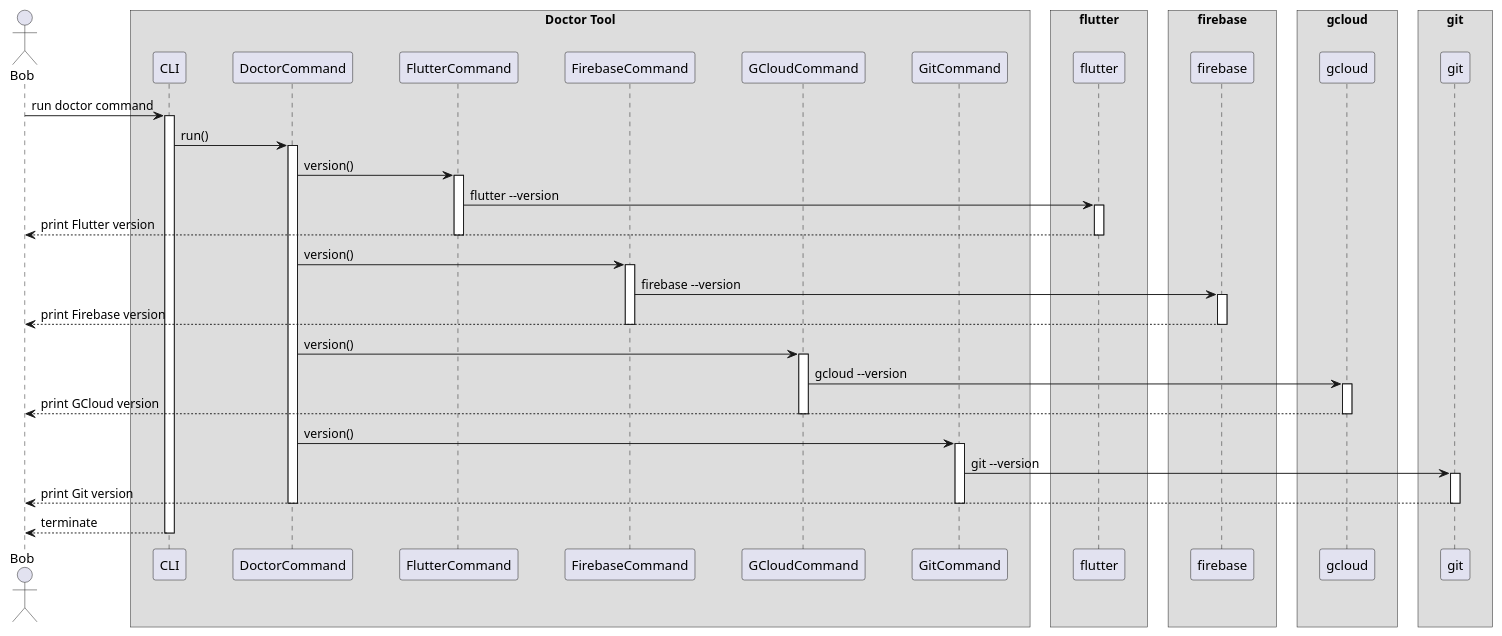
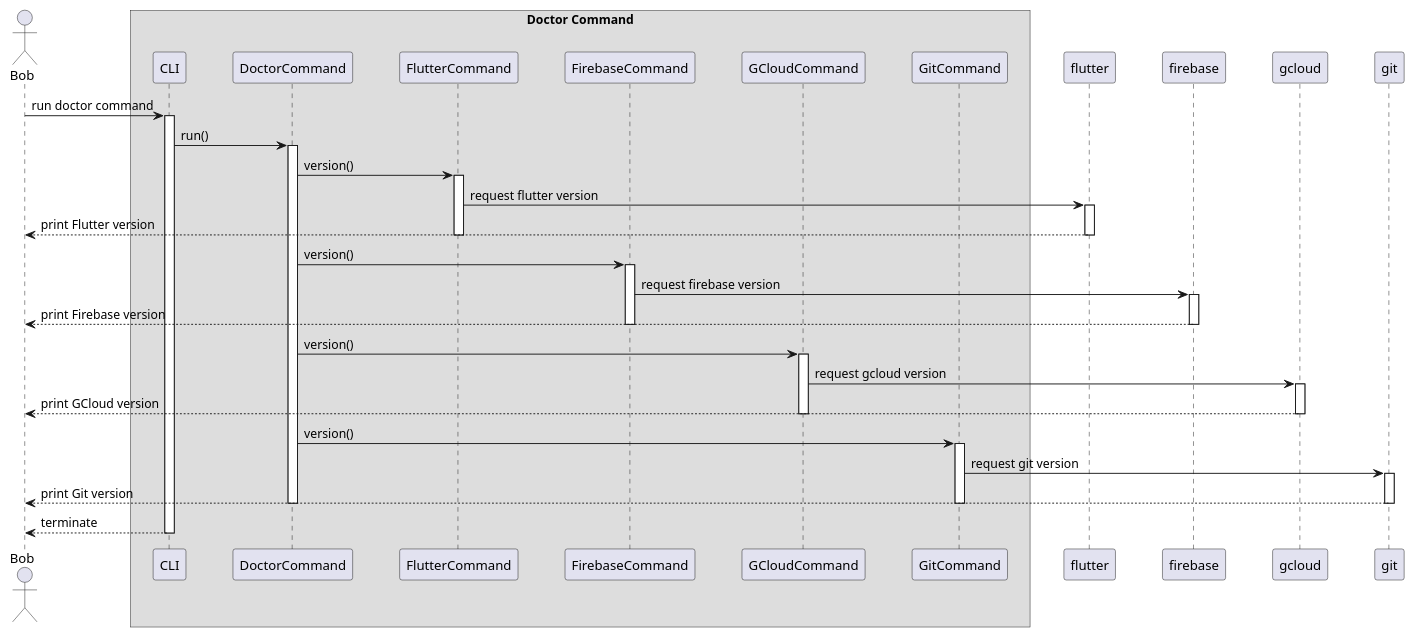
The diagram in metrics/deploy/docs/diagrams/doctor_command_sequence_diagram.puml (Flank/flank-dashboard), drawn with PlantUML before and after one commit. The commit also changed 2 other files, not shown here.

```diff
--- a/metrics/deploy/docs/diagrams/doctor_command_sequence_diagram.puml
+++ b/metrics/deploy/docs/diagrams/doctor_command_sequence_diagram.puml
@@ -1,57 +1,49 @@
 @startuml doctor_command_sequence_diagram
 
 skinparam ParticipantPadding 20
 skinparam BoxPadding 10
 
 actor Bob
 
-box Doctor Tool
+box Doctor Command
     participant CLI
     participant DoctorCommand
     participant FlutterCommand
     participant FirebaseCommand
     participant GCloudCommand
     participant GitCommand
 end box
 
-box flutter
-    participant flutter
-end box
+participant flutter
 
-box firebase
-    participant firebase
-end box
+participant firebase
 
-box gcloud
-    participant gcloud
-end box
+participant gcloud
 
-box git
-    participant git
-end box
+participant git
 
 Bob -> CLI ++ : run doctor command
 CLI -> DoctorCommand ++ : run()
 DoctorCommand -> FlutterCommand ++ : version()
-FlutterCommand -> flutter ++ : flutter --version
+FlutterCommand -> flutter ++ : request flutter version
 flutter --> Bob -- : print Flutter version
 FlutterCommand --
 
 DoctorCommand -> FirebaseCommand ++ : version()
-FirebaseCommand -> firebase ++ : firebase --version
+FirebaseCommand -> firebase ++ : request firebase version
 firebase --> Bob -- : print Firebase version
 FirebaseCommand --
 
 DoctorCommand -> GCloudCommand ++ : version()
-GCloudCommand -> gcloud ++ : gcloud --version
+GCloudCommand -> gcloud ++ : request gcloud version
 gcloud --> Bob -- : print GCloud version
 GCloudCommand --
 
 DoctorCommand -> GitCommand ++ : version()
-GitCommand -> git ++ : git --version
+GitCommand -> git ++ : request git version
 git --> Bob -- : print Git version
 GitCommand --
 DoctorCommand --
 CLI --> Bob -- : terminate
 
 @enduml
```
